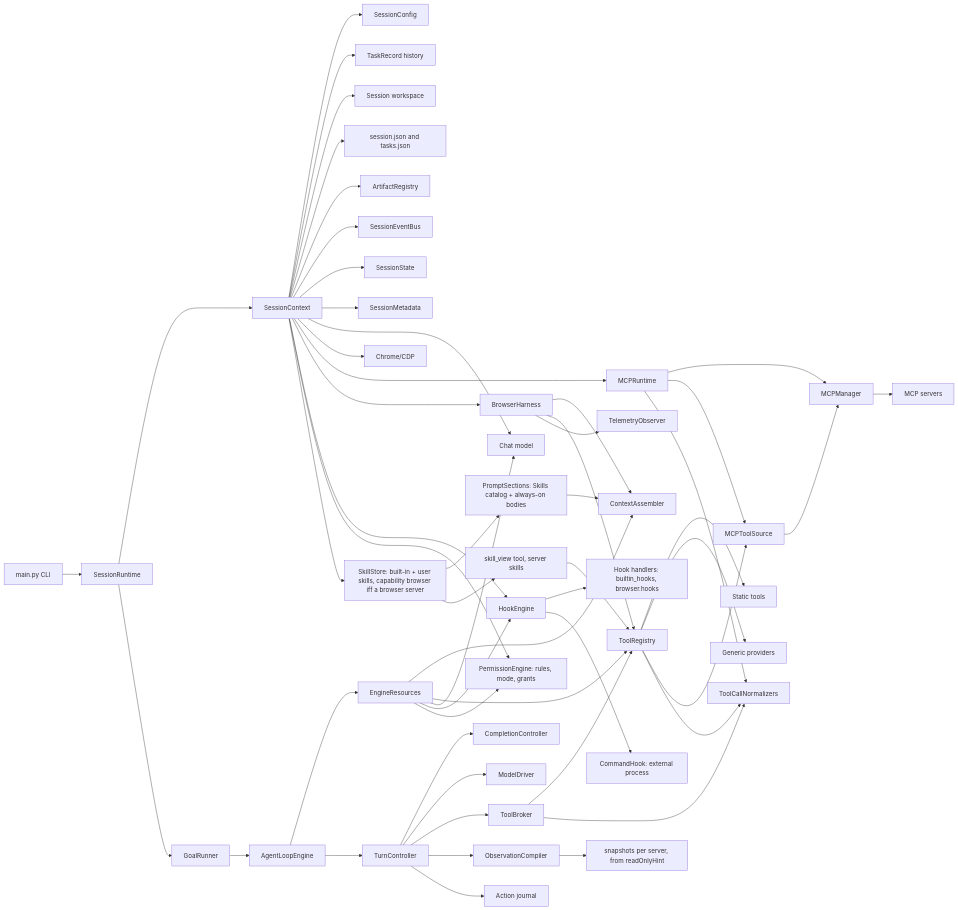
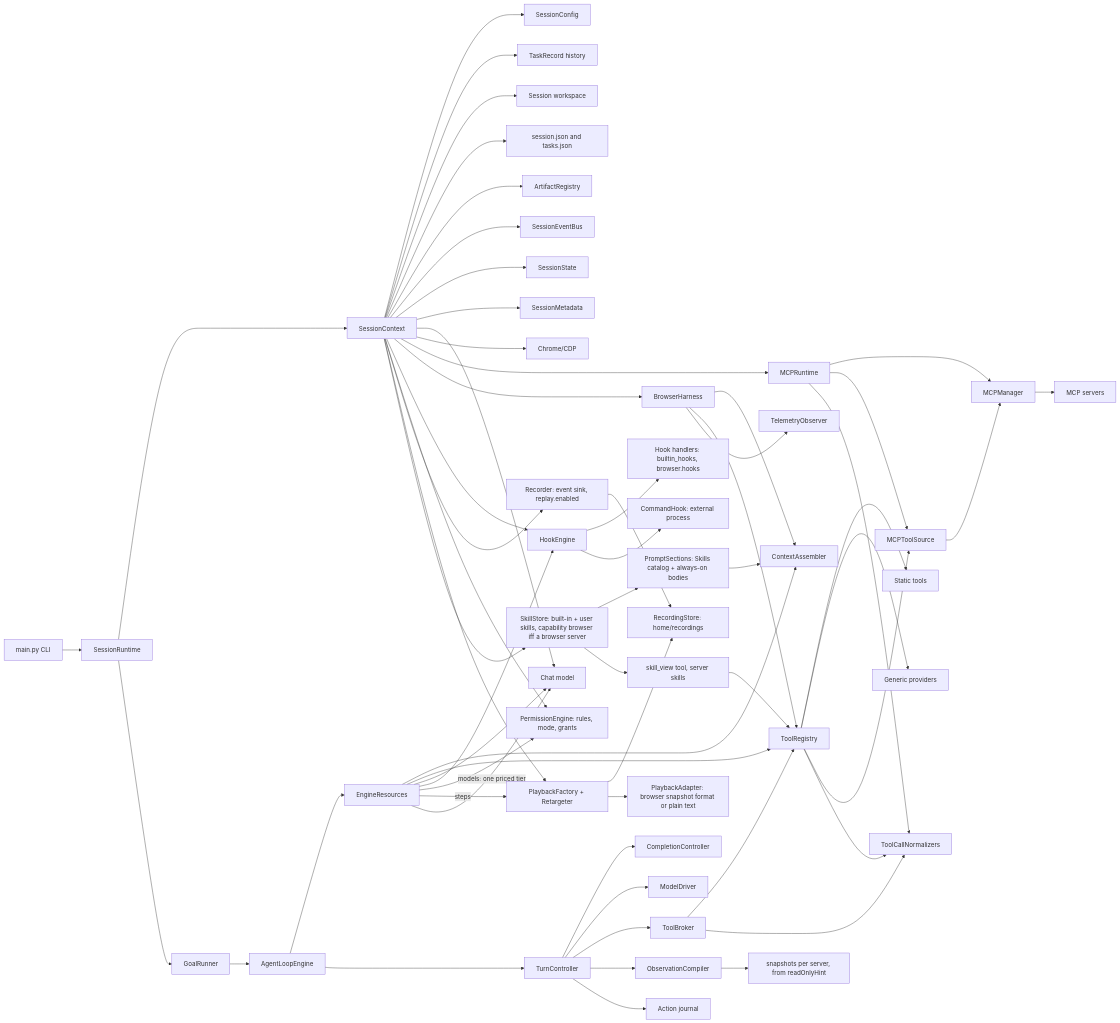
One commit to Hastur456/AutoBrowser changed the diagram in docs/diagrams/harness-boundaries.md. Above: the diagram before and after it, drawn with Mermaid. The commit also changed 10 other files, not shown here.

First line of the commit message:
docs(agent-loop): document recordings, playback and run budgets

````diff
--- a/docs/diagrams/harness-boundaries.md
+++ b/docs/diagrams/harness-boundaries.md
@@ -8,55 +8,62 @@
 ```mermaid
 flowchart LR
   CLI[main.py CLI] --> Session[SessionRuntime]
   Session --> SessionCtx[SessionContext]
   SessionCtx --> Config[SessionConfig]
   SessionCtx --> Tasks[TaskRecord history]
   SessionCtx --> Workspace[Session workspace]
   SessionCtx --> SessionFiles[session.json and tasks.json]
   SessionCtx --> Artifacts[ArtifactRegistry]
   SessionCtx --> Events[SessionEventBus]
   SessionCtx --> State[SessionState]
   SessionCtx --> Metadata[SessionMetadata]
   SessionCtx --> LLM[Chat model]
   SessionCtx --> Chrome[Chrome/CDP]
   SessionCtx --> MCPRuntime[MCPRuntime]
   SessionCtx --> Harness[BrowserHarness]
   SessionCtx --> Hooks[HookEngine]
   SessionCtx --> Permissions[PermissionEngine: rules, mode, grants]
+  SessionCtx --> Recorder[Recorder: event sink, replay.enabled]
+  Recorder --> RecordingStore[RecordingStore: home/recordings]
+  SessionCtx --> PlaybackFactory[PlaybackFactory + Retargeter]
+  PlaybackFactory --> RecordingStore
+  PlaybackFactory --> Adapter[PlaybackAdapter: browser snapshot format or plain text]
   SessionCtx --> Skills[SkillStore: built-in + user skills, capability browser iff a browser server]
   Skills --> Sections[PromptSections: Skills catalog + always-on bodies]
   Skills --> SkillView[skill_view tool, server skills]
   Sections --> ContextAssembler
   SkillView --> Tools
   Hooks --> HookHandlers[Hook handlers: builtin_hooks, browser.hooks]
   Hooks --> CommandHooks[CommandHook: external process]
   MCPRuntime --> Manager[MCPManager]
   MCPRuntime --> ToolSource[MCPToolSource]
   MCPRuntime --> Normalizers[ToolCallNormalizers]
   Manager --> MCP[MCP servers]
   Session --> GoalRunner[GoalRunner]
   GoalRunner --> Engine[AgentLoopEngine]
   Harness --> ContextAssembler[ContextAssembler]
   Harness --> Tools[ToolRegistry]
   Harness --> Telemetry[TelemetryObserver]
   Engine --> Resources[EngineResources]
   Resources --> ContextAssembler
   Resources --> Tools
   Resources --> LLM
   Resources --> Hooks
   Resources --> Permissions
+  Resources -->|steps| PlaybackFactory
+  Resources -->|models: one priced tier| LLM
   Tools --> StaticTools[Static tools]
   Tools --> Providers[Generic providers]
   Tools --> ToolSource
   Tools --> Normalizers
   ToolSource --> Manager
   Engine --> TurnController[TurnController]
   TurnController --> Completion[CompletionController]
   TurnController --> ModelDriver[ModelDriver]
   TurnController --> ToolBroker[ToolBroker]
   TurnController --> ObsCompiler[ObservationCompiler]
   ObsCompiler --> Snapshots[snapshots per server, from readOnlyHint]
   ToolBroker --> Tools
   ToolBroker --> Normalizers
   TurnController --> Journal[Action journal]
 ```
````
